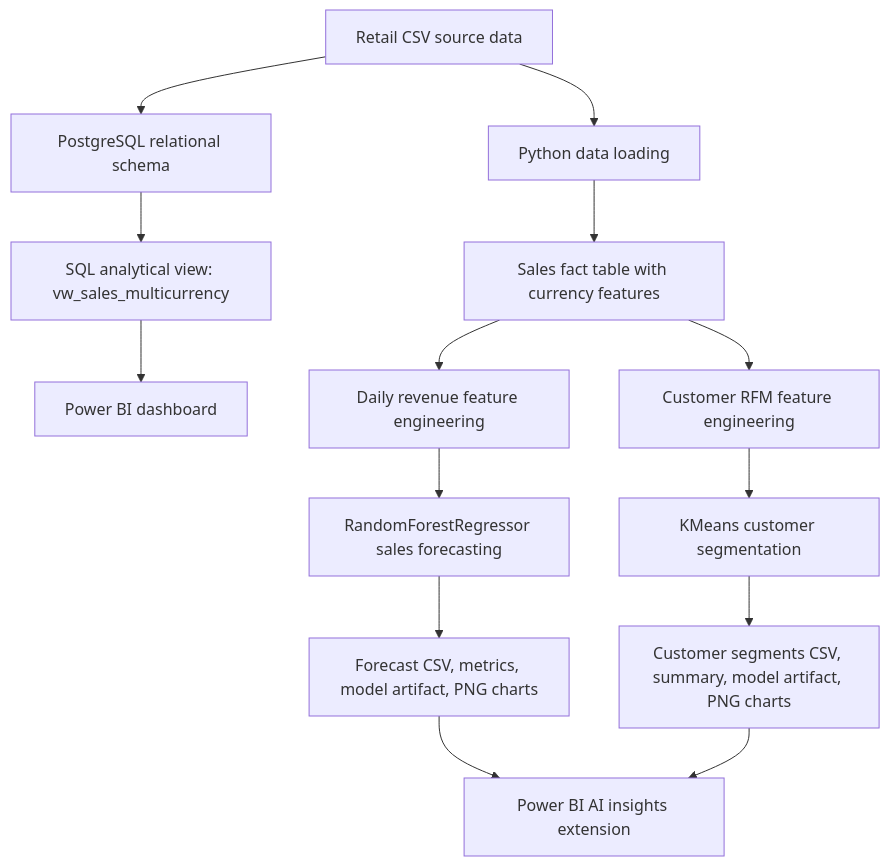
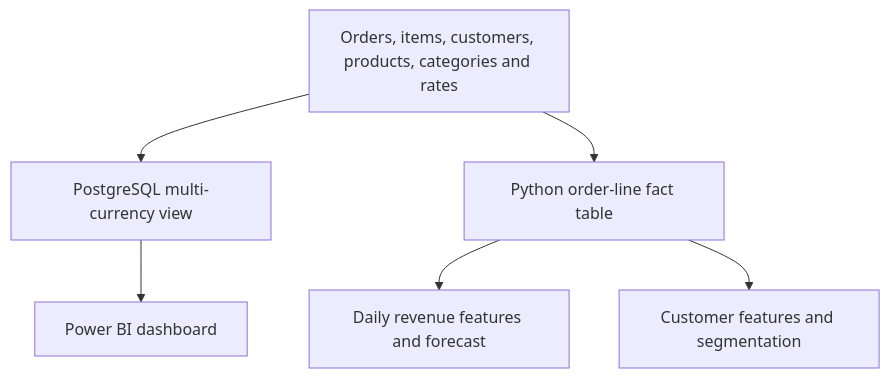
Before and after one commit to BlazingVermilion/ml_retail_analytics: the diagram in README.md, drawn with Mermaid. The commit also changed other lines of this file and 3 other files, not shown here.

Commit message:
Backtest the forward forecast and document the dashboard results

````diff
--- a/README.md
+++ b/README.md
@@ -56,20 +23,8 @@
 ```mermaid
 flowchart TD
-    A[Retail CSV source data] --> B[PostgreSQL relational schema]
-    B --> C[SQL analytical view: vw_sales_multicurrency]
-    C --> D[Power BI dashboard]
-
-    A --> E[Python data loading]
-    E --> F[Sales fact table with currency features]
-    F --> G[Daily revenue feature engineering]
-    F --> H[Customer RFM feature engineering]
-
-    G --> I[RandomForestRegressor sales forecasting]
-    H --> J[KMeans customer segmentation]
-
-    I --> K[Forecast CSV, metrics, model artifact, PNG charts]
-    J --> L[Customer segments CSV, summary, model artifact, PNG charts]
-
-    K --> M[Power BI AI insights extension]
-    L --> M
+    A["Orders, items, customers, products, categories and rates"] --> B["PostgreSQL multi-currency view"]
+    B --> C["Power BI dashboard"]
+    A --> D["Python order-line fact table"]
+    D --> E["Daily revenue features and forecast"]
+    D --> F["Customer features and segmentation"]
 ```
````
